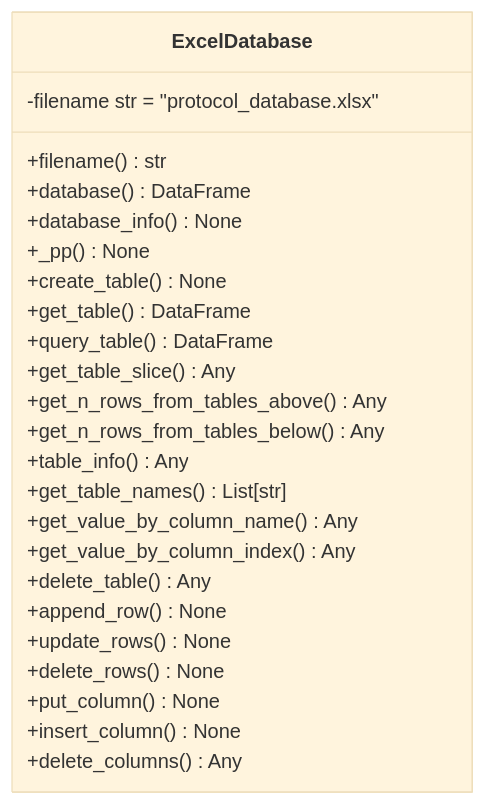
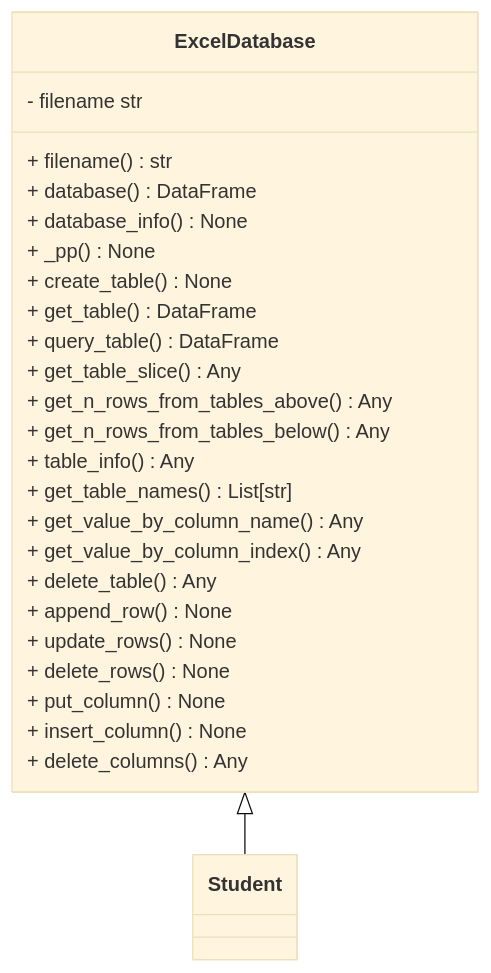
The diagram in test.md (kesler20/draw-uml-backend), drawn with Mermaid (base theme) before and after one commit. The commit also changed 4 other files, not shown here.

````diff
--- a/test.md
+++ b/test.md
@@ -3,25 +3,26 @@
 ```mermaid
 classDiagram
-   ExcelDatabase : -filename  str = "protocol_database.xlsx"
-   ExcelDatabase : +filename() str
-   ExcelDatabase : +database() DataFrame
-   ExcelDatabase : +database_info() None
-   ExcelDatabase : +_pp() None
-   ExcelDatabase : +create_table() None
-   ExcelDatabase : +get_table() DataFrame
-   ExcelDatabase : +query_table() DataFrame
-   ExcelDatabase : +get_table_slice() Any
-   ExcelDatabase : +get_n_rows_from_tables_above() Any
-   ExcelDatabase : +get_n_rows_from_tables_below() Any
-   ExcelDatabase : +table_info() Any
-   ExcelDatabase : +get_table_names() List[str]
-   ExcelDatabase : +get_value_by_column_name() Any
-   ExcelDatabase : +get_value_by_column_index() Any
-   ExcelDatabase : +delete_table() Any
-   ExcelDatabase : +append_row() None
-   ExcelDatabase : +update_rows() None
-   ExcelDatabase : +delete_rows() None
-   ExcelDatabase : +put_column() None
-   ExcelDatabase : +insert_column() None
-   ExcelDatabase : +delete_columns() Any
+   ExcelDatabase <|-- Student
+   ExcelDatabase : - filename str
+   ExcelDatabase : + filename() str
+   ExcelDatabase : + database() DataFrame
+   ExcelDatabase : + database_info() None
+   ExcelDatabase : + _pp() None
+   ExcelDatabase : + create_table() None
+   ExcelDatabase : + get_table() DataFrame
+   ExcelDatabase : + query_table() DataFrame
+   ExcelDatabase : + get_table_slice() Any
+   ExcelDatabase : + get_n_rows_from_tables_above() Any
+   ExcelDatabase : + get_n_rows_from_tables_below() Any
+   ExcelDatabase : + table_info() Any
+   ExcelDatabase : + get_table_names() List[str]
+   ExcelDatabase : + get_value_by_column_name() Any
+   ExcelDatabase : + get_value_by_column_index() Any
+   ExcelDatabase : + delete_table() Any
+   ExcelDatabase : + append_row() None
+   ExcelDatabase : + update_rows() None
+   ExcelDatabase : + delete_rows() None
+   ExcelDatabase : + put_column() None
+   ExcelDatabase : + insert_column() None
+   ExcelDatabase : + delete_columns() Any
 ```
````
